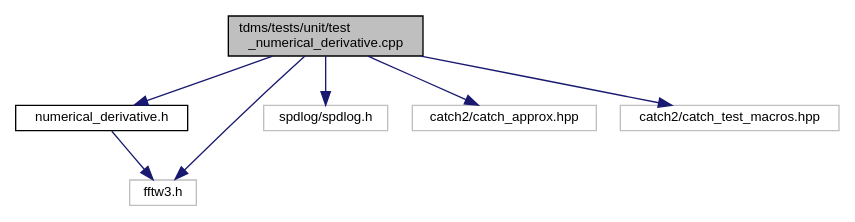
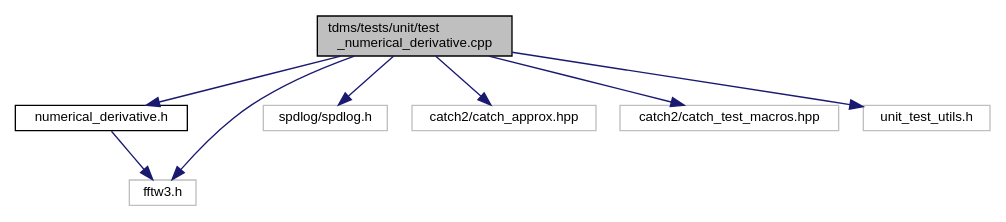
The diagram in test__numerical__derivative_8cpp__incl.dot (UCL/TDMS), drawn with Graphviz before and after one commit. The commit also changed 324 other files, not shown here.

```diff
--- a/test__numerical__derivative_8cpp__incl.dot
+++ b/test__numerical__derivative_8cpp__incl.dot
@@ -1,18 +1,20 @@
 digraph "tdms/tests/unit/test_numerical_derivative.cpp"
 {
  // LATEX_PDF_SIZE
   edge [fontname="Helvetica",fontsize="10",labelfontname="Helvetica",labelfontsize="10"];
   node [fontname="Helvetica",fontsize="10",shape=record];
   Node1 [label="tdms/tests/unit/test\l_numerical_derivative.cpp",height=0.2,width=0.4,color="black", fillcolor="grey75", style="filled", fontcolor="black",tooltip="Tests of the numerical differentiation/FFT functions."];
   Node1 -> Node2 [color="midnightblue",fontsize="10",style="solid",fontname="Helvetica"];
   Node2 [label="numerical_derivative.h",height=0.2,width=0.4,color="black", fillcolor="white", style="filled",URL="$numerical__derivative_8h.html",tooltip="Functions to calculate the numerical derivatives."];
   Node2 -> Node3 [color="midnightblue",fontsize="10",style="solid",fontname="Helvetica"];
   Node3 [label="fftw3.h",height=0.2,width=0.4,color="grey75", fillcolor="white", style="filled",tooltip=" "];
   Node1 -> Node3 [color="midnightblue",fontsize="10",style="solid",fontname="Helvetica"];
   Node1 -> Node4 [color="midnightblue",fontsize="10",style="solid",fontname="Helvetica"];
   Node4 [label="spdlog/spdlog.h",height=0.2,width=0.4,color="grey75", fillcolor="white", style="filled",tooltip=" "];
   Node1 -> Node5 [color="midnightblue",fontsize="10",style="solid",fontname="Helvetica"];
   Node5 [label="catch2/catch_approx.hpp",height=0.2,width=0.4,color="grey75", fillcolor="white", style="filled",tooltip=" "];
   Node1 -> Node6 [color="midnightblue",fontsize="10",style="solid",fontname="Helvetica"];
   Node6 [label="catch2/catch_test_macros.hpp",height=0.2,width=0.4,color="grey75", fillcolor="white", style="filled",tooltip=" "];
+  Node1 -> Node7 [color="midnightblue",fontsize="10",style="solid",fontname="Helvetica"];
+  Node7 [label="unit_test_utils.h",height=0.2,width=0.4,color="grey75", fillcolor="white", style="filled",tooltip=" "];
 }
```
